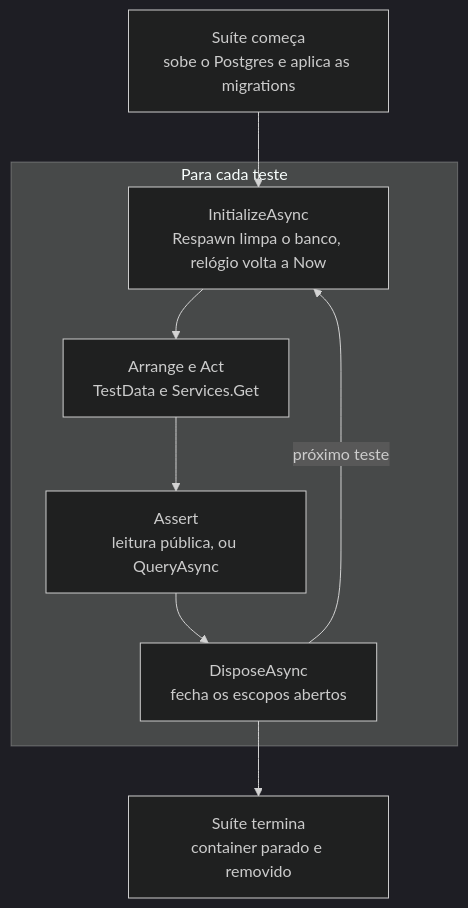
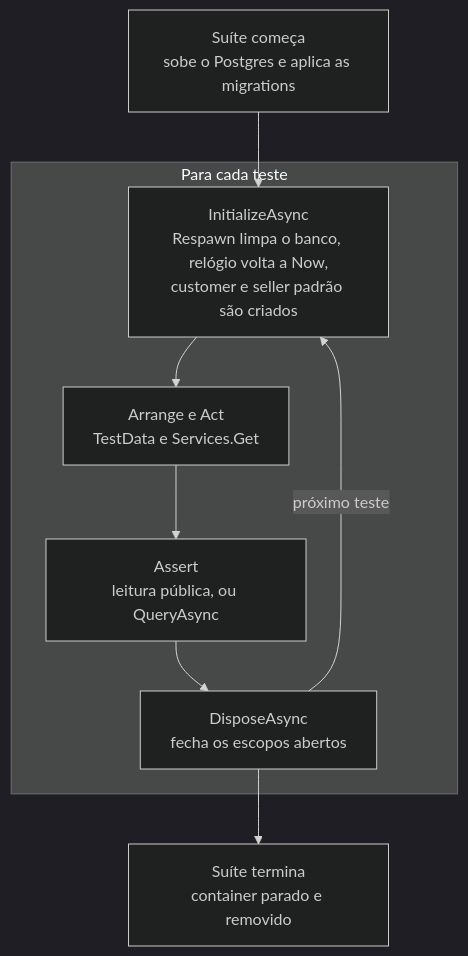
Before and after one commit to EduardoKroetz/Ecommerce: the diagram in Ecommerce.IntegrationTests/README.md, drawn with Mermaid (dark theme). The commit also changed other lines of this file and 7 other files, not shown here.

````diff
--- a/Ecommerce.IntegrationTests/README.md
+++ b/Ecommerce.IntegrationTests/README.md
@@ -22,13 +25,13 @@
 ```mermaid
 flowchart TD
     A["Suíte começa<br/>sobe o Postgres e aplica as migrations"] --> B
 
     subgraph Each["Para cada teste"]
-        B["InitializeAsync<br/>Respawn limpa o banco, relógio volta a Now"] --> C["Arrange e Act<br/>TestData e Services.Get"]
+        B["InitializeAsync<br/>Respawn limpa o banco, relógio volta a Now,<br/>customer e seller padrão são criados"] --> C["Arrange e Act<br/>TestData e Services.Get"]
         C --> D["Assert<br/>leitura pública, ou QueryAsync"]
         D --> E["DisposeAsync<br/>fecha os escopos abertos"]
     end
 
     E -->|próximo teste| B
     E --> F["Suíte termina<br/>container parado e removido"]
 ```
````
